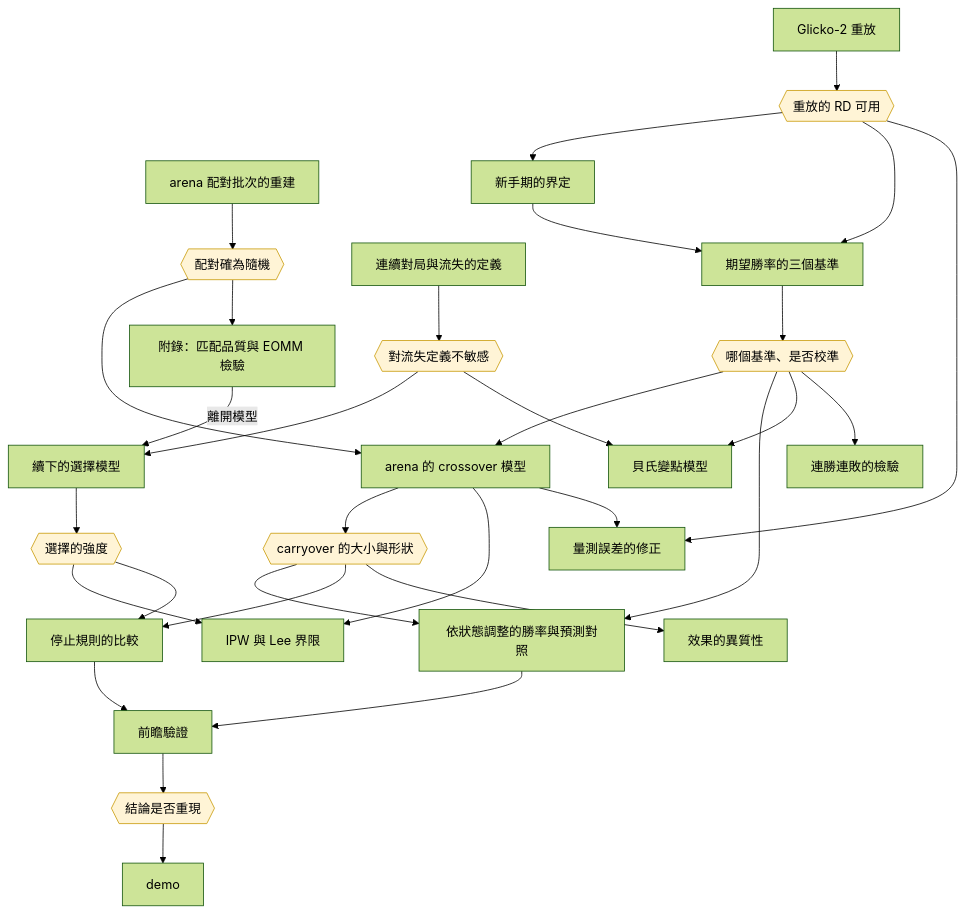
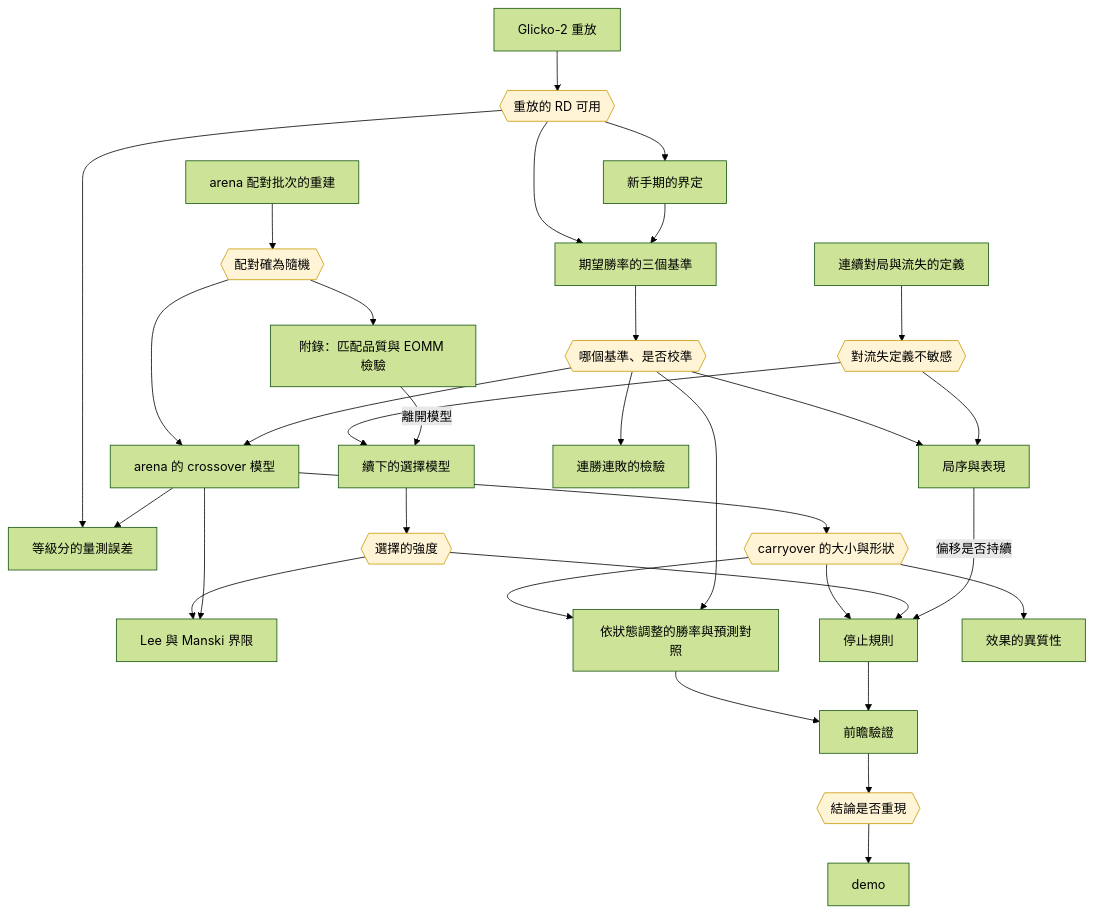
One commit to jambochen/analyze changed the diagram in docs/plan.md. Above: the diagram before and after it, drawn with Mermaid (forest theme). The commit also changed other lines of this file and 4 other files, not shown here.

````diff
--- a/docs/plan.md
+++ b/docs/plan.md
@@ -97,63 +99,64 @@
 ```mermaid
 flowchart TD
     wave[arena 配對批次的重建]
     replaym[Glicko-2 重放]
     novm[新手期的界定]
     basem[期望勝率的三個基準]
     churnm[連續對局與流失的定義]
     selm[續下的選擇模型]
     xom[arena 的 crossover 模型]
-    ipwm[IPW 與 Lee 界限]
-    merm[量測誤差的修正]
+    ipwm[Lee 與 Manski 界限]
+    merm[等級分的量測誤差]
     predm[依狀態調整的勝率與預測對照]
-    stopm[停止規則的比較]
+    stopm[停止規則]
     prospm[前瞻驗證]
     demom[demo]
     hetm[效果的異質性]
-    cpm[貝氏變點模型]
+    cpm[局序與表現]
     streakm[連勝連敗的檢驗]
     eommm[附錄：匹配品質與 EOMM 檢驗]
 
     crand{{配對確為隨機}}
     crep{{重放的 RD 可用}}
     cbase{{哪個基準、是否校準}}
     csens{{對流失定義不敏感}}
     csel{{選擇的強度}}
     cco{{carryover 的大小與形狀}}
     cprosp{{結論是否重現}}
 
     wave --> crand
     replaym --> crep
     basem --> cbase
     churnm --> csens
     selm --> csel
     xom --> cco
     prospm --> cprosp
 
     crep --> novm
     crep --> basem
     novm --> basem
     crep --> merm
     crand --> xom
     cbase --> xom
     csens --> selm
     eommm -->|離開模型| selm
     csel --> ipwm
     xom --> ipwm
     xom --> merm
     cco --> predm
     cbase --> predm
     cco --> stopm
     csel --> stopm
     predm --> prospm
     stopm --> prospm
     cprosp --> demom
     cco --> hetm
     cbase --> cpm
     csens --> cpm
+    cpm -->|偏移是否持續| stopm
     cbase --> streakm
     crand --> eommm
 
     classDef concl fill:#fff4d6,stroke:#c99a06
     class crand,crep,cbase,csens,csel,cco,cprosp concl
 ```
````
